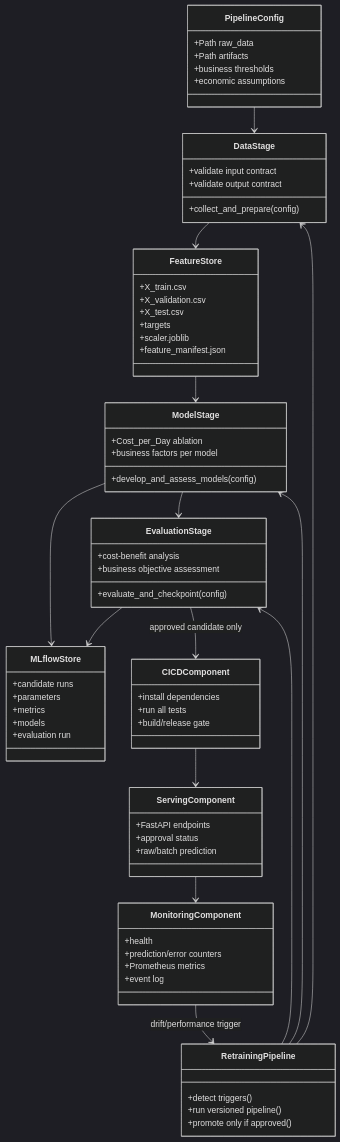
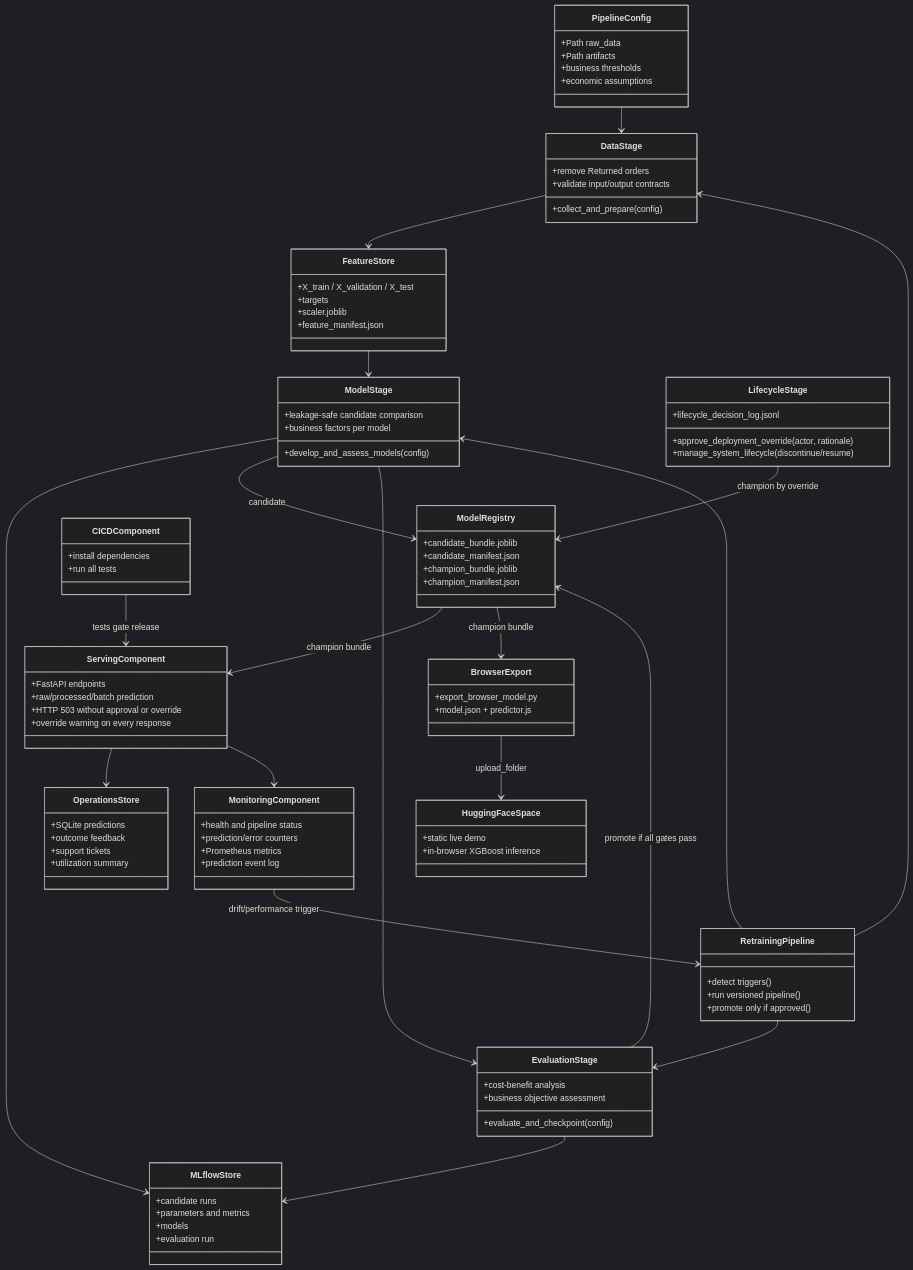
One commit to VivekSinghK14/E-Commerce-Shipping-Prediction changed the second of 4 diagrams in docs/architecture.md. Above: the diagram before and after it, drawn with Mermaid (dark theme). The commit also changed other lines of this file and 134 other files, not shown here.

First line of the commit message:
Replace project with final deployed version and updated diagrams

```diff
--- a/docs/architecture.md
+++ b/docs/architecture.md
@@ -79,26 +85,23 @@
   }
   class DataStage {
     +collect_and_prepare(config)
-    +validate input contract
-    +validate output contract
+    +remove Returned orders
+    +validate input/output contracts
   }
   class FeatureStore {
-    +X_train.csv
-    +X_validation.csv
-    +X_test.csv
+    +X_train / X_validation / X_test
     +targets
     +scaler.joblib
     +feature_manifest.json
   }
   class ModelStage {
     +develop_and_assess_models(config)
-    +Cost_per_Day ablation
+    +leakage-safe candidate comparison
     +business factors per model
   }
   class MLflowStore {
     +candidate runs
-    +parameters
-    +metrics
+    +parameters and metrics
     +models
     +evaluation run
   }
@@ -107,37 +110,68 @@
     +cost-benefit analysis
     +business objective assessment
   }
+  class ModelRegistry {
+    +candidate_bundle.joblib
+    +candidate_manifest.json
+    +champion_bundle.joblib
+    +champion_manifest.json
+  }
+  class LifecycleStage {
+    +approve_deployment_override(actor, rationale)
+    +manage_system_lifecycle(discontinue/resume)
+    +lifecycle_decision_log.jsonl
+  }
+  class CICDComponent {
+    +install dependencies
+    +run all tests
+  }
+  class ServingComponent {
+    +FastAPI endpoints
+    +raw/processed/batch prediction
+    +HTTP 503 without approval or override
+    +override warning on every response
+  }
+  class OperationsStore {
+    +SQLite predictions
+    +outcome feedback
+    +support tickets
+    +utilization summary
+  }
+  class MonitoringComponent {
+    +health and pipeline status
+    +prediction/error counters
+    +Prometheus metrics
+    +prediction event log
+  }
+  class BrowserExport {
+    +export_browser_model.py
+    +model.json + predictor.js
+  }
+  class HuggingFaceSpace {
+    +static live demo
+    +in-browser XGBoost inference
+  }
   class RetrainingPipeline {
     +detect triggers()
     +run versioned pipeline()
     +promote only if approved()
-  }
-  class CICDComponent {
-    +install dependencies
-    +run all tests
-    +build/release gate
-  }
-  class ServingComponent {
-    +FastAPI endpoints
-    +approval status
-    +raw/batch prediction
-  }
-  class MonitoringComponent {
-    +health
-    +prediction/error counters
-    +Prometheus metrics
-    +event log
   }
 
   PipelineConfig --> DataStage
   DataStage --> FeatureStore
   FeatureStore --> ModelStage
   ModelStage --> MLflowStore
+  ModelStage --> ModelRegistry : candidate
   ModelStage --> EvaluationStage
   EvaluationStage --> MLflowStore
-  EvaluationStage --> CICDComponent : approved candidate only
-  CICDComponent --> ServingComponent
+  EvaluationStage --> ModelRegistry : promote if all gates pass
+  LifecycleStage --> ModelRegistry : champion by override
+  CICDComponent --> ServingComponent : tests gate release
+  ModelRegistry --> ServingComponent : champion bundle
+  ServingComponent --> OperationsStore
   ServingComponent --> MonitoringComponent
+  ModelRegistry --> BrowserExport : champion bundle
+  BrowserExport --> HuggingFaceSpace : upload_folder
   MonitoringComponent --> RetrainingPipeline : drift/performance trigger
   RetrainingPipeline --> DataStage
   RetrainingPipeline --> ModelStage
```
